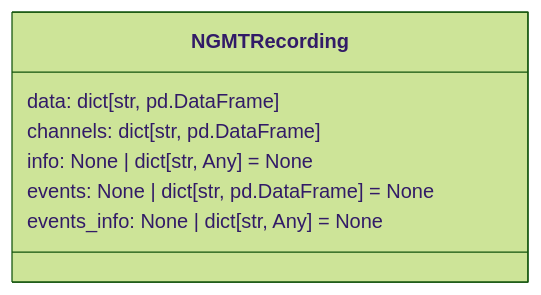
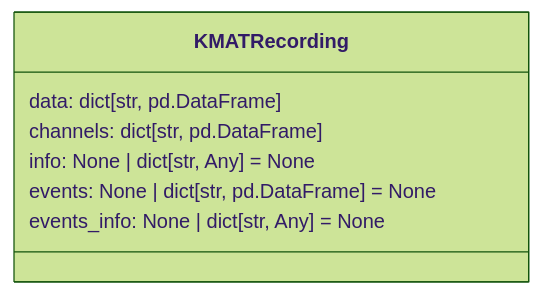
Before and after one commit to neurogeriatricskiel/KielMAT: the diagram in docs/index.md, drawn with Mermaid (forest theme). The commit also changed other lines of this file and 63 other files, not shown here.

````diff
--- a/docs/index.md
+++ b/docs/index.md
@@ -37,11 +37,11 @@
 ```mermaid
 classDiagram
-   class NGMTRecording {
+   class KMATRecording {
       data: dict[str, pd.DataFrame]
       channels: dict[str, pd.DataFrame]
       info: None | dict[str, Any] = None
       events: None | dict[str, pd.DataFrame] = None
       events_info: None | dict[str, Any] = None
    }
 
 ```
````
